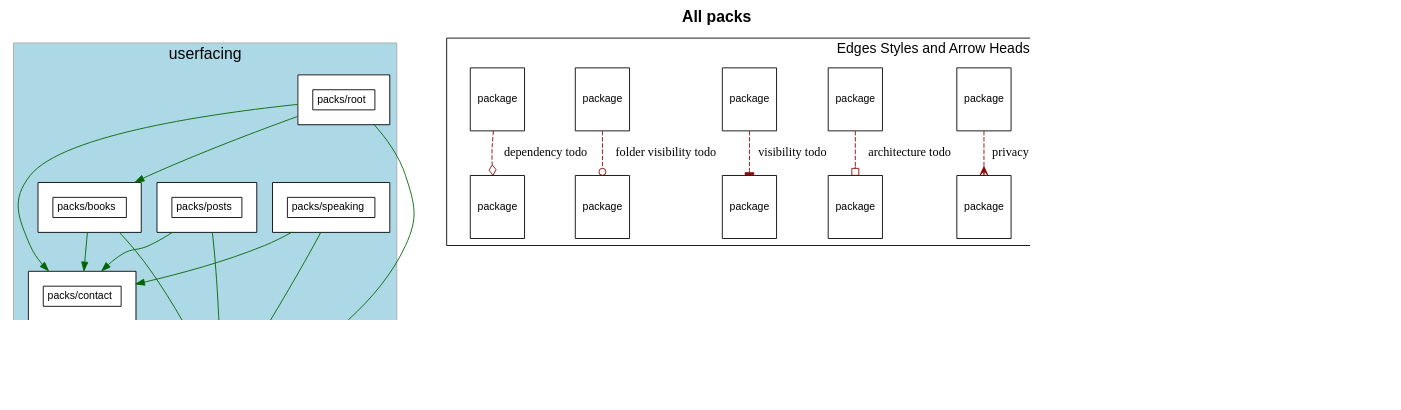
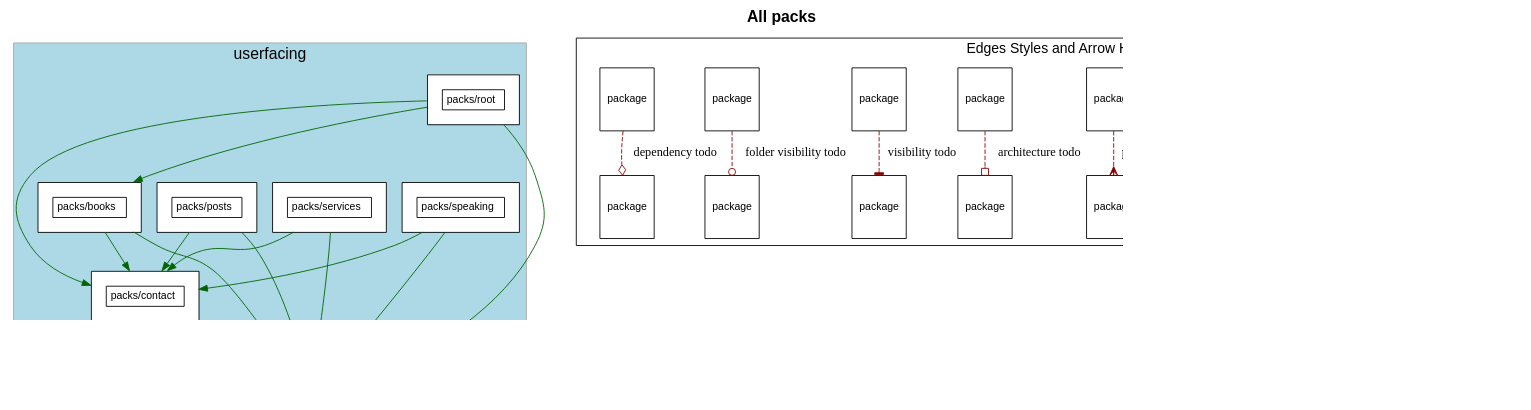
Before and after one commit to shageman/stephanhagemann.com: the diagram in packs.dot, drawn with Graphviz. The commit also changed 8 other files, not shown here.

```diff
--- a/packs.dot
+++ b/packs.dot
@@ -1,177 +1,192 @@
 digraph package_diagram {
   rankdir=TD
   graph [
     labelloc="t"
     fontname="Helvetica,Arial,sans-serif"
     dpi=100
     layout=dot
     label=<<b>All packs</b><br/>>
     fontsize=18
   ]
   node [
     fontname="Helvetica,Arial,sans-serif"
     fontsize=26.0
     fontcolor=black
     fillcolor=white
     color=black
     height=1.0
     style=filled
     shape=plain
   ]
     subgraph application_harness {
       shape=box
       color=darkgrey
       fillcolor=lightblue
       style=filled
         label="application_harness"
         cluster=true
         rank = 0    }
     subgraph userfacing {
       shape=box
       color=darkgrey
       fillcolor=lightblue
       style=filled
         label="userfacing"
         cluster=true
         rank = 1        "packs/books" [
             fontsize=12.0
             label= <
                 <table border='0' cellborder='1' cellspacing='0' cellpadding='16'><tr><td>
                   <table border='0' cellborder='1' cellspacing='0' cellpadding='4'>
                     <tr> <td port='private'> packs/books </td> </tr>
                   </table>
                   </td></tr>
                   </table>
               >
           ]
         
         "packs/contact" [
             fontsize=12.0
             label= <
                 <table border='0' cellborder='1' cellspacing='0' cellpadding='16'><tr><td>
                   <table border='0' cellborder='1' cellspacing='0' cellpadding='4'>
                     <tr> <td port='private'> packs/contact </td> </tr>
                   </table>
                   </td></tr>
                   </table>
               >
           ]
         
         "packs/posts" [
             fontsize=12.0
             label= <
                 <table border='0' cellborder='1' cellspacing='0' cellpadding='16'><tr><td>
                   <table border='0' cellborder='1' cellspacing='0' cellpadding='4'>
                     <tr> <td port='private'> packs/posts </td> </tr>
                   </table>
                   </td></tr>
                   </table>
               >
           ]
         
         "packs/root" [
             fontsize=12.0
             label= <
                 <table border='0' cellborder='1' cellspacing='0' cellpadding='16'><tr><td>
                   <table border='0' cellborder='1' cellspacing='0' cellpadding='4'>
                     <tr> <td port='private'> packs/root </td> </tr>
                   </table>
                   </td></tr>
                   </table>
               >
           ]
         
+        "packs/services" [
+            fontsize=12.0
+            label= <
+                <table border='0' cellborder='1' cellspacing='0' cellpadding='16'><tr><td>
+                  <table border='0' cellborder='1' cellspacing='0' cellpadding='4'>
+                    <tr> <td port='private'> packs/services </td> </tr>
+                  </table>
+                  </td></tr>
+                  </table>
+              >
+          ]
+        
         "packs/speaking" [
             fontsize=12.0
             label= <
                 <table border='0' cellborder='1' cellspacing='0' cellpadding='16'><tr><td>
                   <table border='0' cellborder='1' cellspacing='0' cellpadding='4'>
                     <tr> <td port='private'> packs/speaking </td> </tr>
                   </table>
                   </td></tr>
                   </table>
               >
           ]
         
     }
     subgraph utility {
       shape=box
       color=darkgrey
       fillcolor=lightblue
       style=filled
         label="utility"
         cluster=true
         rank = 2        "packs/rails_shims" [
             fontsize=12.0
             label= <
                 <table border='0' cellborder='1' cellspacing='0' cellpadding='16'><tr><td>
                   <table border='0' cellborder='1' cellspacing='0' cellpadding='4'>
                     <tr> <td port='private'> packs/rails_shims </td> </tr>
                   </table>
                   </td></tr>
                   </table>
               >
           ]
         
     }
               "packs/books" -> "packs/rails_shims" [ style=invis ]
               "packs/contact" -> "packs/rails_shims" [ style=invis ]
               "packs/posts" -> "packs/rails_shims" [ style=invis ]
               "packs/root" -> "packs/rails_shims" [ style=invis ]
+              "packs/services" -> "packs/rails_shims" [ style=invis ]
               "packs/speaking" -> "packs/rails_shims" [ style=invis ]
     subgraph NotInLayer {
       shape=box
       color=darkgrey
       fillcolor=lightblue
       style=filled
         cluster=false
     }
           "packs/books" -> "packs/contact" [ color=darkgreen ]
           "packs/books" -> "packs/rails_shims" [ color=darkgreen ]
           "packs/contact" -> "packs/rails_shims" [ color=darkgreen ]
           "packs/posts" -> "packs/contact" [ color=darkgreen ]
           "packs/posts" -> "packs/rails_shims" [ color=darkgreen ]
           "packs/root" -> "packs/books" [ color=darkgreen ]
           "packs/root" -> "packs/contact" [ color=darkgreen ]
           "packs/root" -> "packs/rails_shims" [ color=darkgreen ]
+          "packs/services" -> "packs/contact" [ color=darkgreen ]
+          "packs/services" -> "packs/rails_shims" [ color=darkgreen ]
           "packs/speaking" -> "packs/contact" [ color=darkgreen ]
           "packs/speaking" -> "packs/rails_shims" [ color=darkgreen ]
     subgraph cluster_legend {
       fontsize=16
       label="Edges Styles and Arrow Heads"
       A [ fontsize=12 shape=box label="package"]
       B [ fontsize=12 shape=box label="package"]
       A -> B [label="accepted dependency" color=darkgreen]
       M [ fontsize=12 shape=box label="package"]
       N [ fontsize=12 shape=box label="package"]
       M -> N [label="nested package" color=purple]
       O [ fontsize=12 shape=box label="package"]
       P [ fontsize=12 shape=box label="package"]
       O -> P [label="visible to" color=blue]
       C [ fontsize=12 shape=box label="package"]
       D [ fontsize=12 shape=box label="package"]
       C -> D [label="privacy todo" color=darkred style=dashed arrowhead=crow]
       E [ fontsize=12 shape=box label="package"]
       F [ fontsize=12 shape=box label="package"]
       E -> F [label="architecture todo" color=darkred style=dashed arrowhead=obox]
       G [ fontsize=12 shape=box label="package"]
       H [ fontsize=12 shape=box label="package"]
       G -> H [label="visibility todo" color=darkred style=dashed arrowhead=tee]
       I [ fontsize=12 shape=box label="package"]
       J [ fontsize=12 shape=box label="package"]
       I -> J [label="folder visibility todo" color=darkred style=dashed arrowhead=odot]
       K [ fontsize=12 shape=box label="package"]
       L [ fontsize=12 shape=box label="package"]
       K -> L [label="dependency todo" color=darkred style=dashed arrowhead=odiamond]
       LEGEND_NODE_1 [ label="" peripheries=0 height=0 width=0 style=invis ]
       LEGEND_NODE_2 [ label="" peripheries=0 height=0 width=0 style=invis ]
       LEGEND_NODE_1 -> LEGEND_NODE_2 [ style=invis ]
     }
   subgraph cluster_teams_legend {
     fontsize=16
     label="Team Colors"
 
 
   }
     LEGEND_NODE_2 -> "" [style=invis]
 }
```
